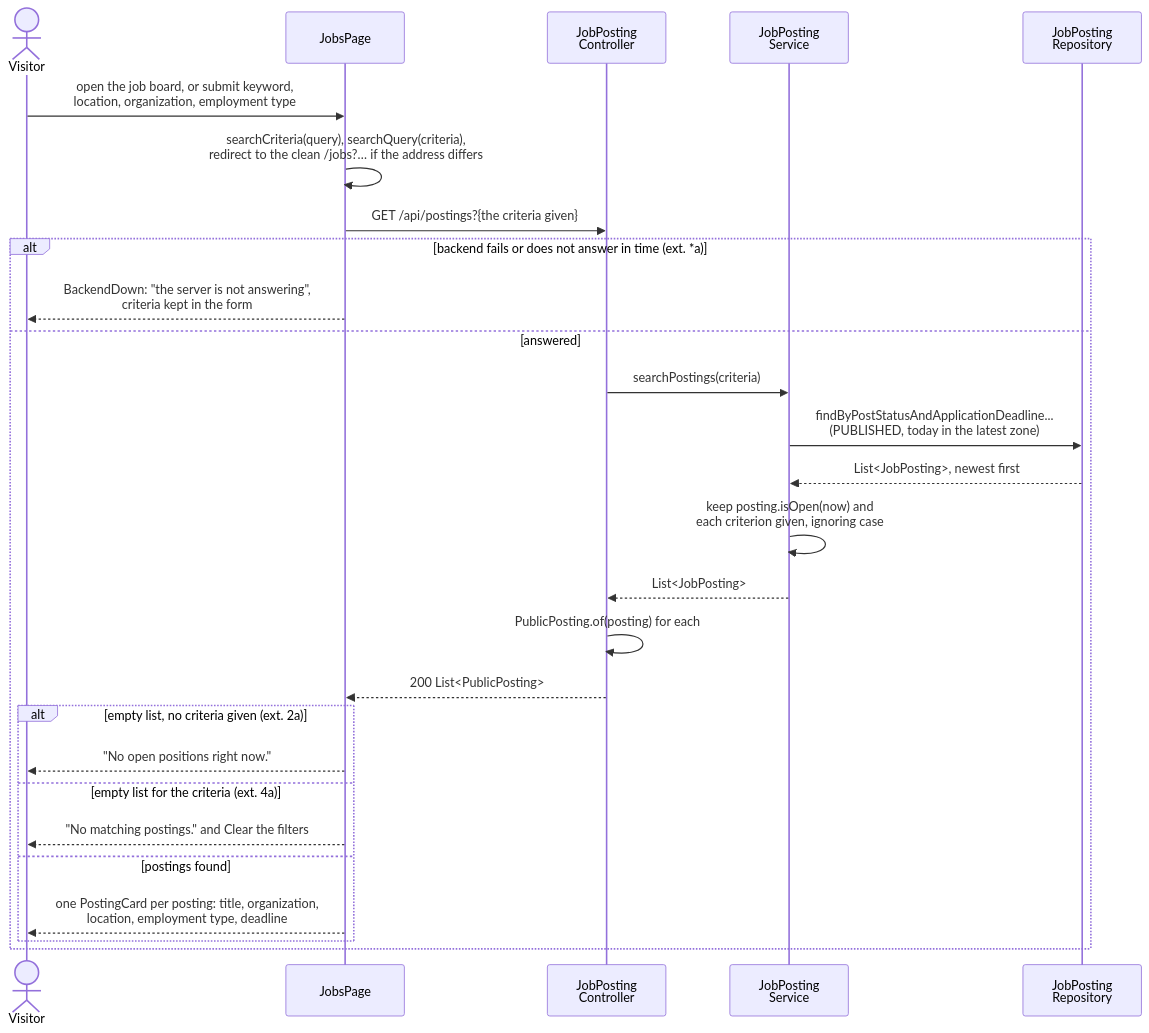
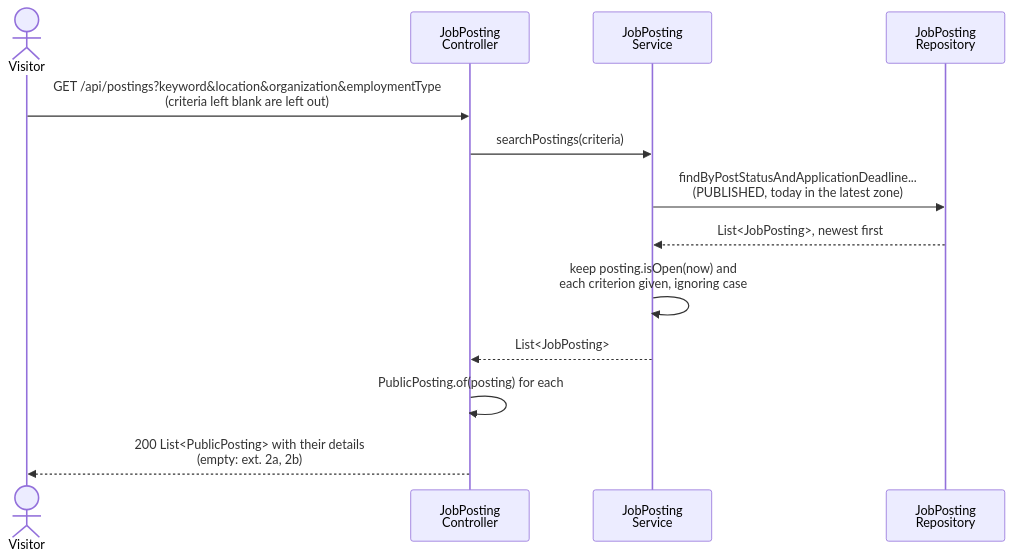
One commit to berdyshevol/careerbridge-csi5324 changed the first of 4 diagrams in spec/design.md. Above: the diagram before and after it, drawn with Mermaid. The commit also changed other lines of this file and 4 other files, not shown here.

````diff
--- a/spec/design.md
+++ b/spec/design.md
@@ -38,30 +35,16 @@
 ```mermaid
 sequenceDiagram
     actor V as Visitor
-    participant JP as JobsPage
     participant JC as JobPosting<br/>Controller
     participant JS as JobPosting<br/>Service
     participant JR as JobPosting<br/>Repository
 
-    V->>JP: open the job board, or submit keyword,<br/>location, organization, employment type
-    JP->>JP: searchCriteria(query), searchQuery(criteria),<br/>redirect to the clean /jobs?… if the address differs
-    JP->>JC: GET /api/postings?{the criteria given}
-    alt backend fails or does not answer in time (ext. *a)
-        JP-->>V: BackendDown: "the server is not answering",<br/>criteria kept in the form
-    else answered
-        JC->>JS: searchPostings(criteria)
-        JS->>JR: findByPostStatusAndApplicationDeadline...<br/>(PUBLISHED, today in the latest zone)
-        JR-->>JS: List<JobPosting>, newest first
-        JS->>JS: keep posting.isOpen(now) and<br/>each criterion given, ignoring case
-        JS-->>JC: List<JobPosting>
-        JC->>JC: PublicPosting.of(posting) for each
-        JC-->>JP: 200 List<PublicPosting>
-        alt empty list, no criteria given (ext. 2a)
-            JP-->>V: "No open positions right now."
-        else empty list for the criteria (ext. 4a)
-            JP-->>V: "No matching postings." and Clear the filters
-        else postings found
-            JP-->>V: one PostingCard per posting: title, organization,<br/>location, employment type, deadline
-        end
-    end
+    V->>JC: GET /api/postings?keyword&location&organization&employmentType<br/>(criteria left blank are left out)
+    JC->>JS: searchPostings(criteria)
+    JS->>JR: findByPostStatusAndApplicationDeadline...<br/>(PUBLISHED, today in the latest zone)
+    JR-->>JS: List<JobPosting>, newest first
+    JS->>JS: keep posting.isOpen(now) and<br/>each criterion given, ignoring case
+    JS-->>JC: List<JobPosting>
+    JC->>JC: PublicPosting.of(posting) for each
+    JC-->>V: 200 List<PublicPosting> with their details<br/>(empty: ext. 2a, 2b)
 ```
````
